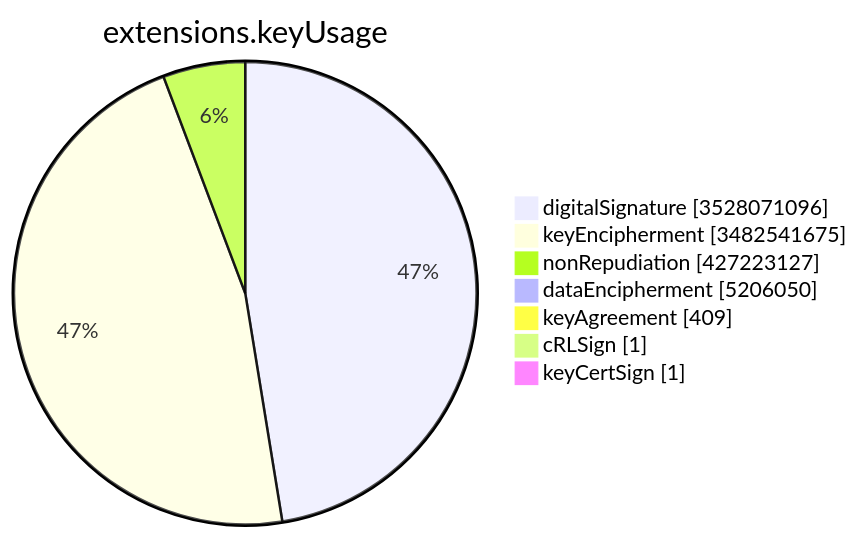
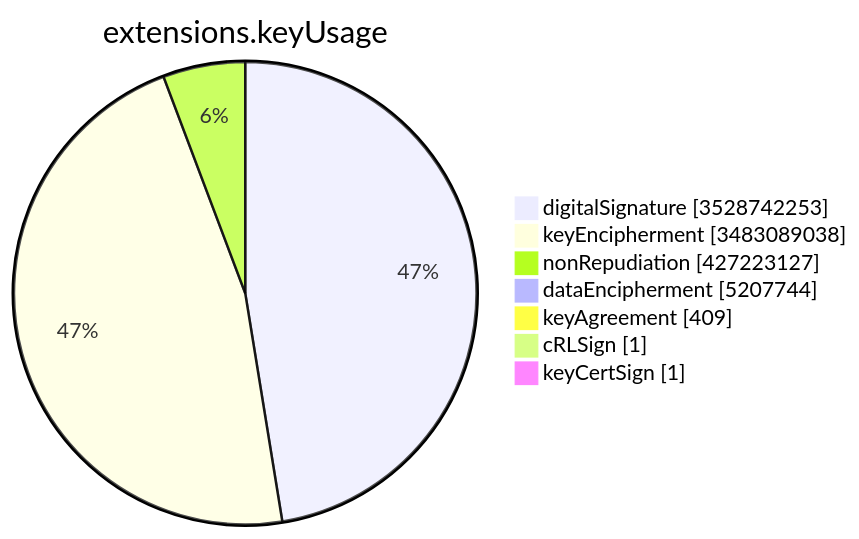
One commit to christiankrug/ctmonitor_visualization changed the sixth of 15 diagrams in TOTAL/README.md. Above: the diagram before and after it, drawn with Mermaid. The commit also changed other lines of this file, not shown here.

````diff
--- a/TOTAL/README.md
+++ b/TOTAL/README.md
@@ -3083,11 +3083,11 @@
 ```mermaid
 pie showData
 title extensions.keyUsage
-"digitalSignature" :3528071096
-"keyEncipherment" :3482541675
+"digitalSignature" :3528742253
+"keyEncipherment" :3483089038
 "nonRepudiation" :427223127
-"dataEncipherment" :5206050
+"dataEncipherment" :5207744
 "keyAgreement" :409
 "cRLSign" :1
 "keyCertSign" :1
 ```
````
